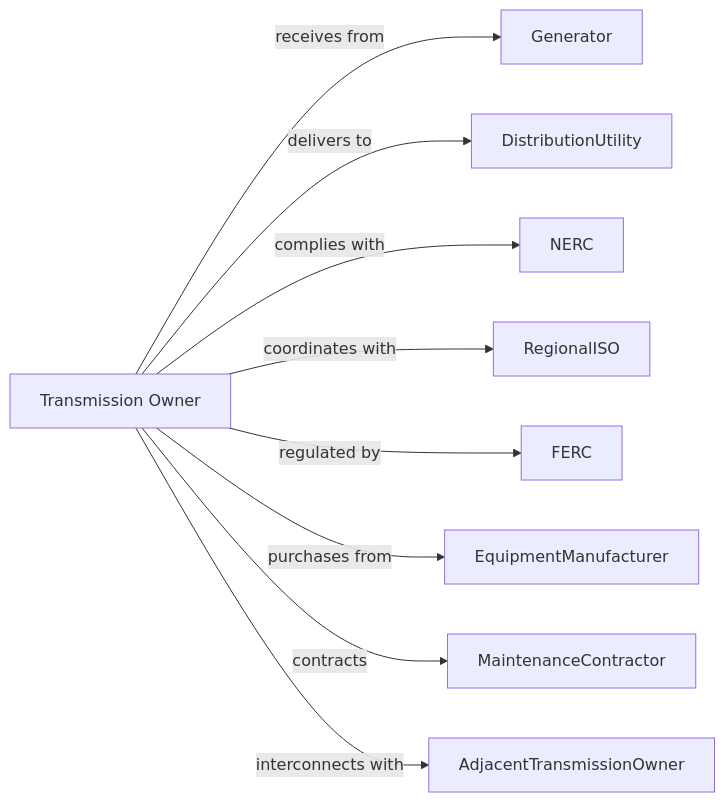
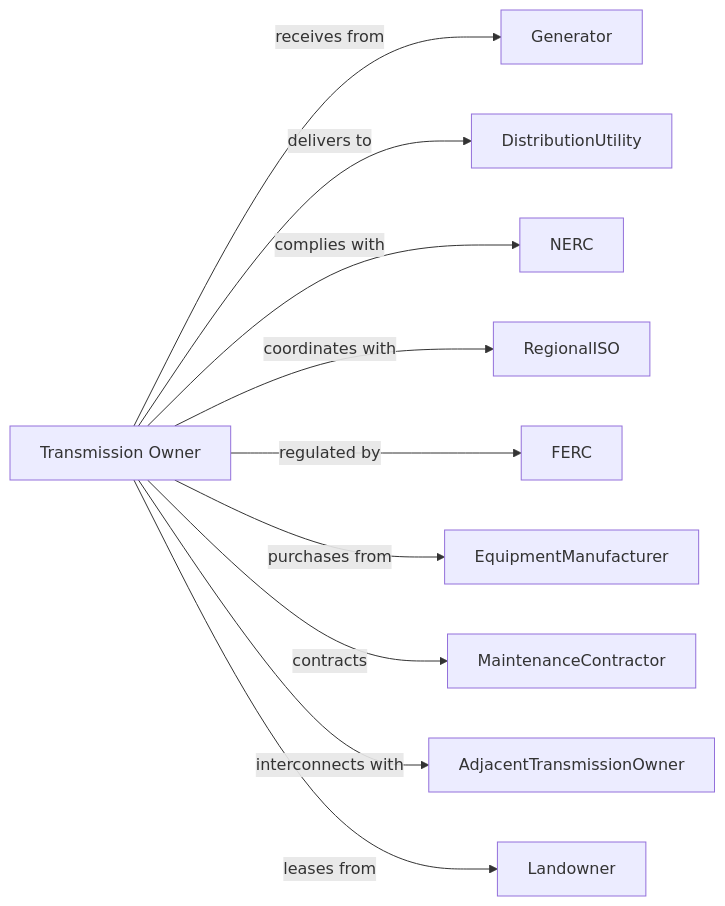
The second of 2 diagrams in Utilities/Utilities/ElectricPowerGenerationTransmissionAndDistribution/ElectricBulkPowerTransmissionAndControl.mdx (dot-org-ai/industries.org.ai), drawn with Mermaid before and after one commit. The commit also changed 588 other files, not shown here.

````diff
--- a/Utilities/Utilities/ElectricPowerGenerationTransmissionAndDistribution/ElectricBulkPowerTransmissionAndControl.mdx
+++ b/Utilities/Utilities/ElectricPowerGenerationTransmissionAndDistribution/ElectricBulkPowerTransmissionAndControl.mdx
@@ -136,13 +136,14 @@
 ```mermaid
 graph LR
     T[Transmission Owner]
 
     T -->|receives from| Generator
     T -->|delivers to| DistributionUtility
     T -->|complies with| NERC
     T -->|coordinates with| RegionalISO
     T -->|regulated by| FERC
     T -->|purchases from| EquipmentManufacturer
     T -->|contracts| MaintenanceContractor
     T -->|interconnects with| AdjacentTransmissionOwner
+    T -->|leases from| Landowner
 ```
````
